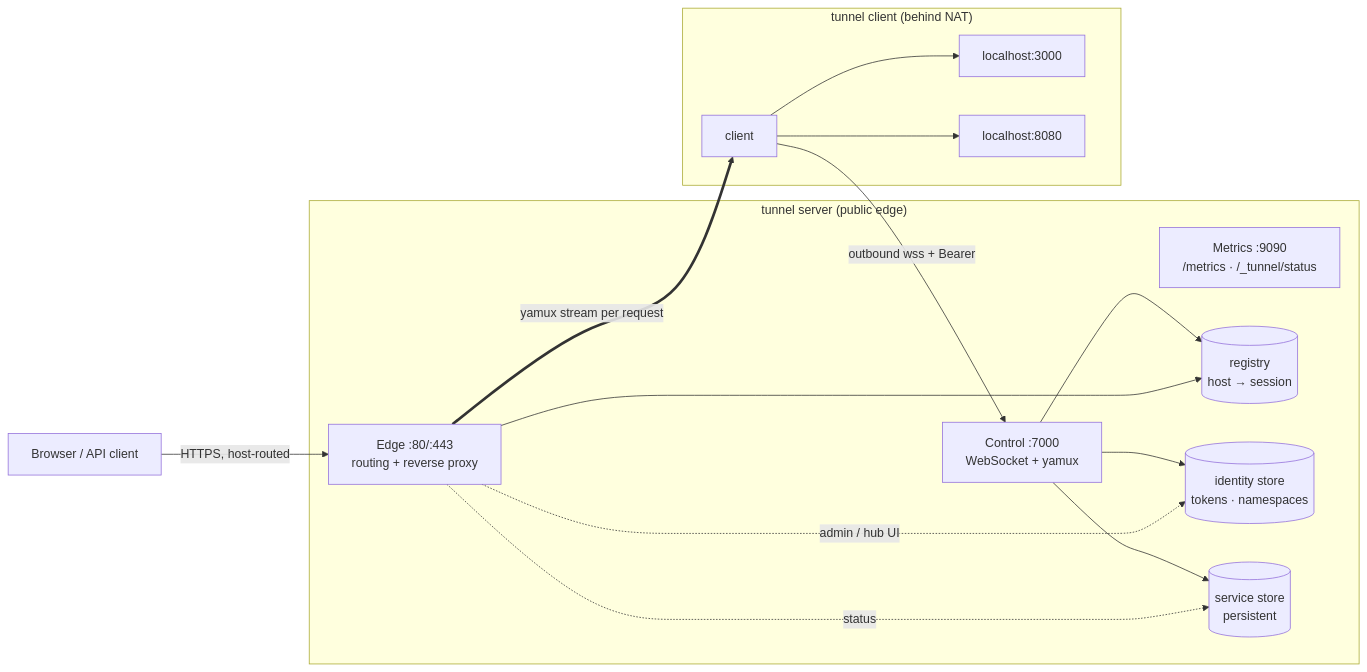
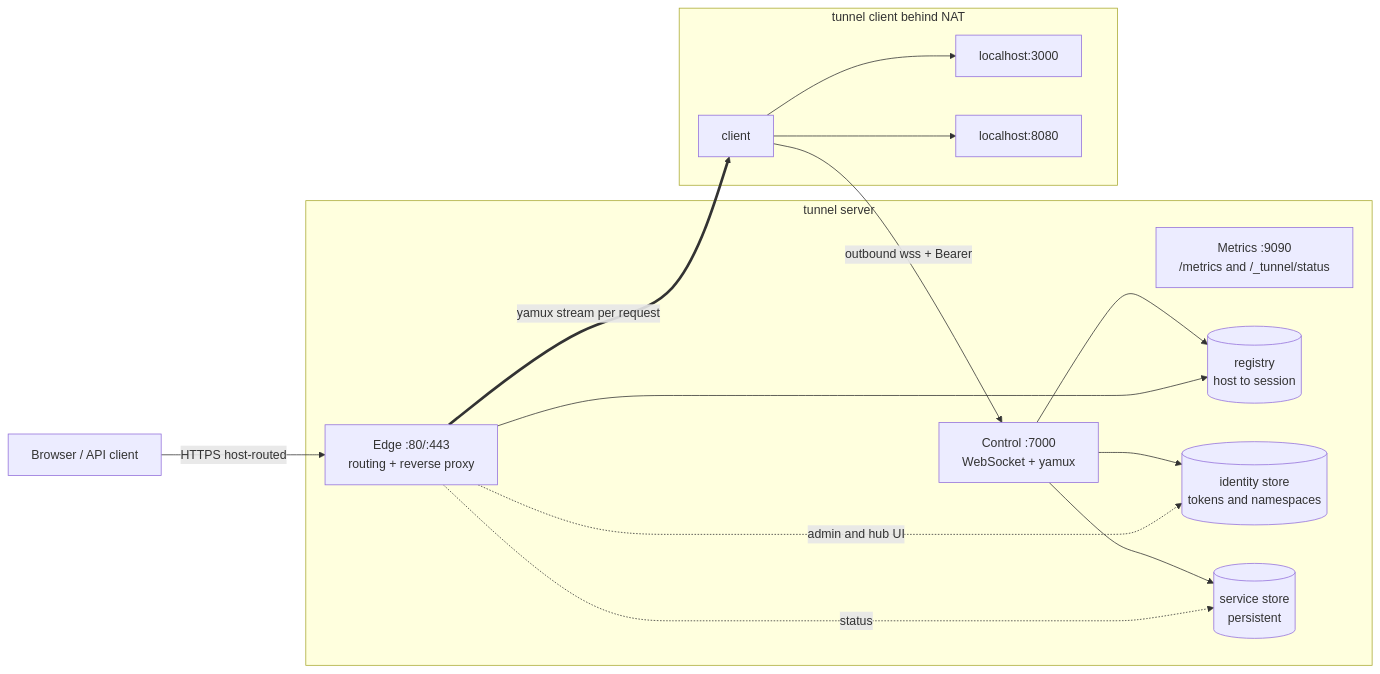
The first of 5 diagrams in docs/architecture.md (ur-link/tunnel), drawn with Mermaid before and after one commit. The commit also changed other lines of this file and 2 other files, not shown here.

First line of the commit message:
docs: put one-command Get Started at top of README; fix all Mermaid

````diff
--- a/docs/architecture.md
+++ b/docs/architecture.md
@@ -21,28 +21,28 @@
 ```mermaid
 flowchart LR
   B["Browser / API client"]
-  subgraph SRV["tunnel server (public edge)"]
+  subgraph SRV["tunnel server"]
     E["Edge :80/:443<br/>routing + reverse proxy"]
     C["Control :7000<br/>WebSocket + yamux"]
-    M["Metrics :9090<br/>/metrics · /_tunnel/status"]
-    RG[("registry<br/>host → session")]
-    ID[("identity store<br/>tokens · namespaces")]
+    M["Metrics :9090<br/>/metrics and /_tunnel/status"]
+    RG[("registry<br/>host to session")]
+    ID[("identity store<br/>tokens and namespaces")]
     SS[("service store<br/>persistent")]
   end
-  subgraph CLI["tunnel client (behind NAT)"]
+  subgraph CLI["tunnel client behind NAT"]
     CL["client"]
     A1["localhost:3000"]
     A2["localhost:8080"]
   end
-  B -->|"HTTPS, host-routed"| E
+  B -->|"HTTPS host-routed"| E
   E --> RG
-  E -. "admin / hub UI" .-> ID
-  E -. "status" .-> SS
+  E -. "admin and hub UI" .-> ID
+  E -. status .-> SS
   CL -->|"outbound wss + Bearer"| C
   C --> ID
   C --> RG
   C --> SS
   E ==>|"yamux stream per request"| CL
   CL --> A1
   CL --> A2
 ```
````
